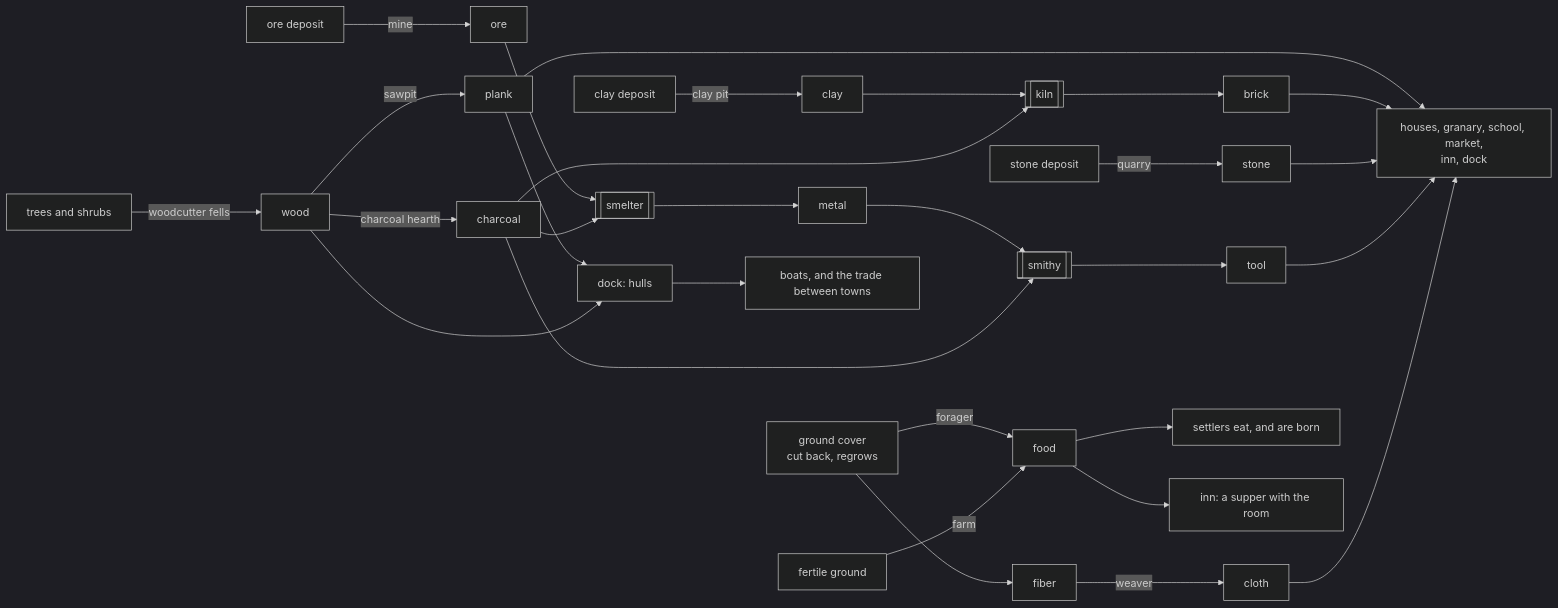
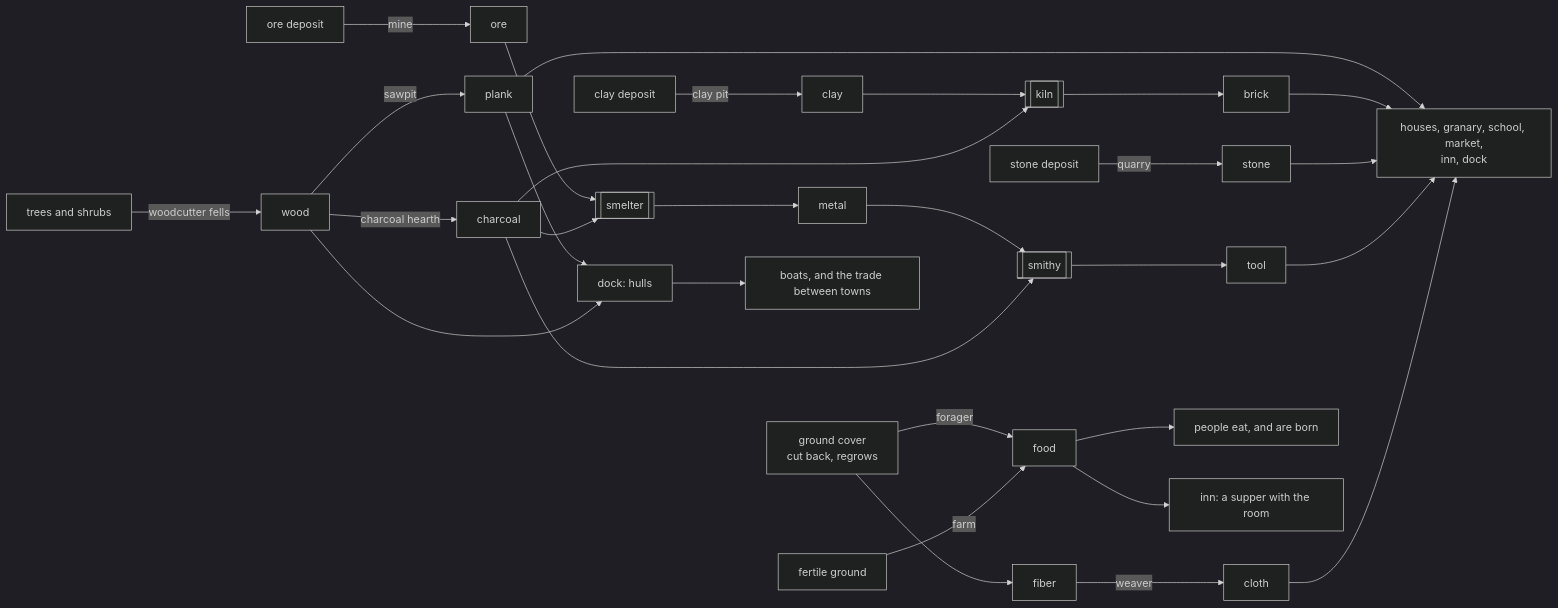
Before and after one commit to tmpk13/grow: diagram 30 of 47 in ARCHITECTURE.md, drawn with Mermaid (dark theme). The commit also changed other lines of this file and 58 other files, not shown here.

First line of the commit message:
They are people, not settlers

````diff
--- a/ARCHITECTURE.md
+++ b/ARCHITECTURE.md
@@ -1293,34 +1293,34 @@
 ```mermaid
 flowchart LR
   trees["trees and shrubs"] -->|woodcutter fells| wood[wood]
   mats["ground cover<br/>cut back, regrows"] -->|forager| food[food]
   mats --> fiber[fiber]
   fields["fertile ground"] -->|farm| food
   stoneDep["stone deposit"] -->|quarry| stone[stone]
   clayDep["clay deposit"] -->|clay pit| clay[clay]
   oreDep["ore deposit"] -->|mine| ore[ore]
 
   wood -->|sawpit| plank[plank]
   wood -->|charcoal hearth| charcoal[charcoal]
   clay --> kiln[[kiln]]
   charcoal --> kiln
   kiln --> brick[brick]
   ore --> smelter[[smelter]]
   charcoal --> smelter
   smelter --> metal[metal]
   metal --> smithy[[smithy]]
   charcoal --> smithy
   smithy --> tool[tool]
   fiber -->|weaver| cloth[cloth]
 
   plank --> builds["houses, granary, school, market,<br/>inn, dock"]
   brick --> builds
   stone --> builds
   tool --> builds
   cloth --> builds
-  food --> people["settlers eat, and are born"]
+  food --> people["people eat, and are born"]
   food --> inn["inn: a supper with the room"]
   plank --> hull["dock: hulls"]
   wood --> hull
   hull --> boats["boats, and the trade between towns"]
 ```
````
